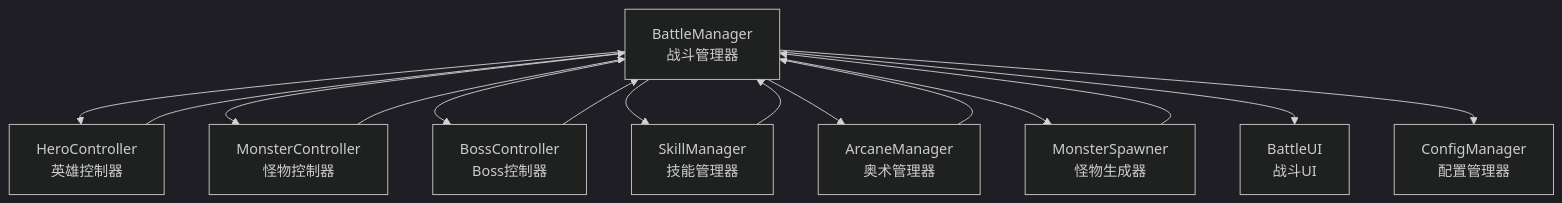
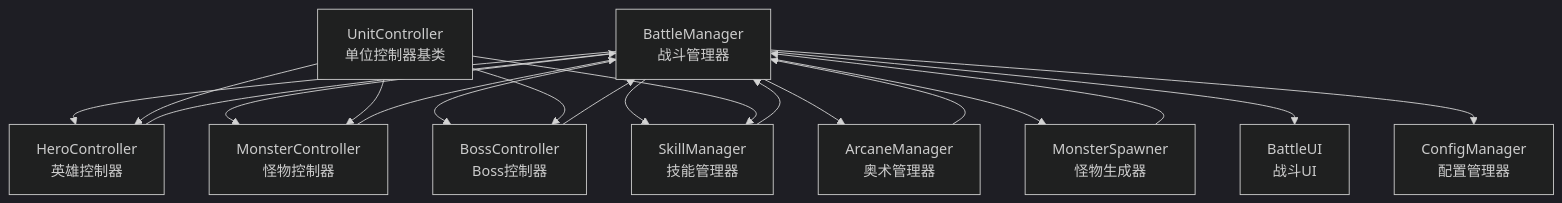
Before and after one commit to Tuusen/p1_client: the first of 6 diagrams in .qoder/repowiki/zh/content/战斗系统/战斗管理器.md, drawn with Mermaid (dark theme). The commit also changed other lines of this file and 36 other files, not shown here.

````diff
--- a/.qoder/repowiki/zh/content/战斗系统/战斗管理器.md
+++ b/.qoder/repowiki/zh/content/战斗系统/战斗管理器.md
@@ -48,17 +57,21 @@
 ```mermaid
 graph TB
 BM["BattleManager<br/>战斗管理器"] --> HC["HeroController<br/>英雄控制器"]
 BM --> MC["MonsterController<br/>怪物控制器"]
 BM --> BC["BossController<br/>Boss控制器"]
 BM --> SM["SkillManager<br/>技能管理器"]
 BM --> AM["ArcaneManager<br/>奥术管理器"]
 BM --> MS["MonsterSpawner<br/>怪物生成器"]
 BM --> UI["BattleUI<br/>战斗UI"]
 BM --> CM["ConfigManager<br/>配置管理器"]
 SM --> BM
 AM --> BM
 MS --> BM
 HC --> BM
 MC --> BM
 BC --> BM
+UM["UnitController<br/>单位控制器基类"] --> HC
+UM --> MC
+UM --> BC
+UM --> SM
 ```
````
